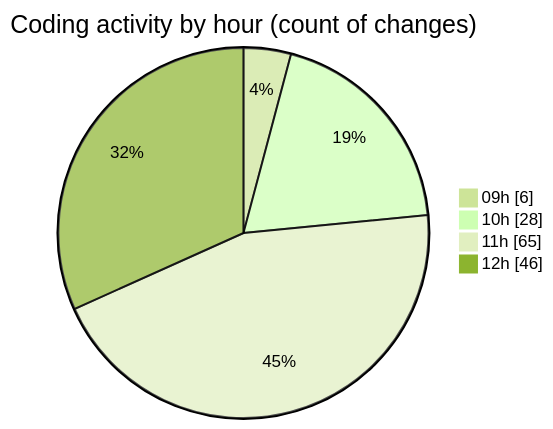
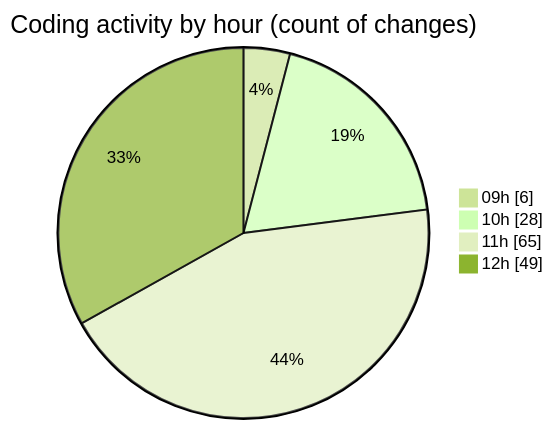
Before and after one commit to momahboobian/code-tracking: the second of 2 diagrams in 2025-03-27/cda/README.md, drawn with Mermaid (forest theme). The commit also changed other lines of this file and 1 other file, not shown here.

````diff
--- a/2025-03-27/cda/README.md
+++ b/2025-03-27/cda/README.md
@@ -30,8 +30,8 @@
 ```mermaid
 pie showData
 title Coding activity by hour (count of changes)
 "09h" : 6
 "10h" : 28
 "11h" : 65
-"12h" : 46
+"12h" : 49
 ```
````
